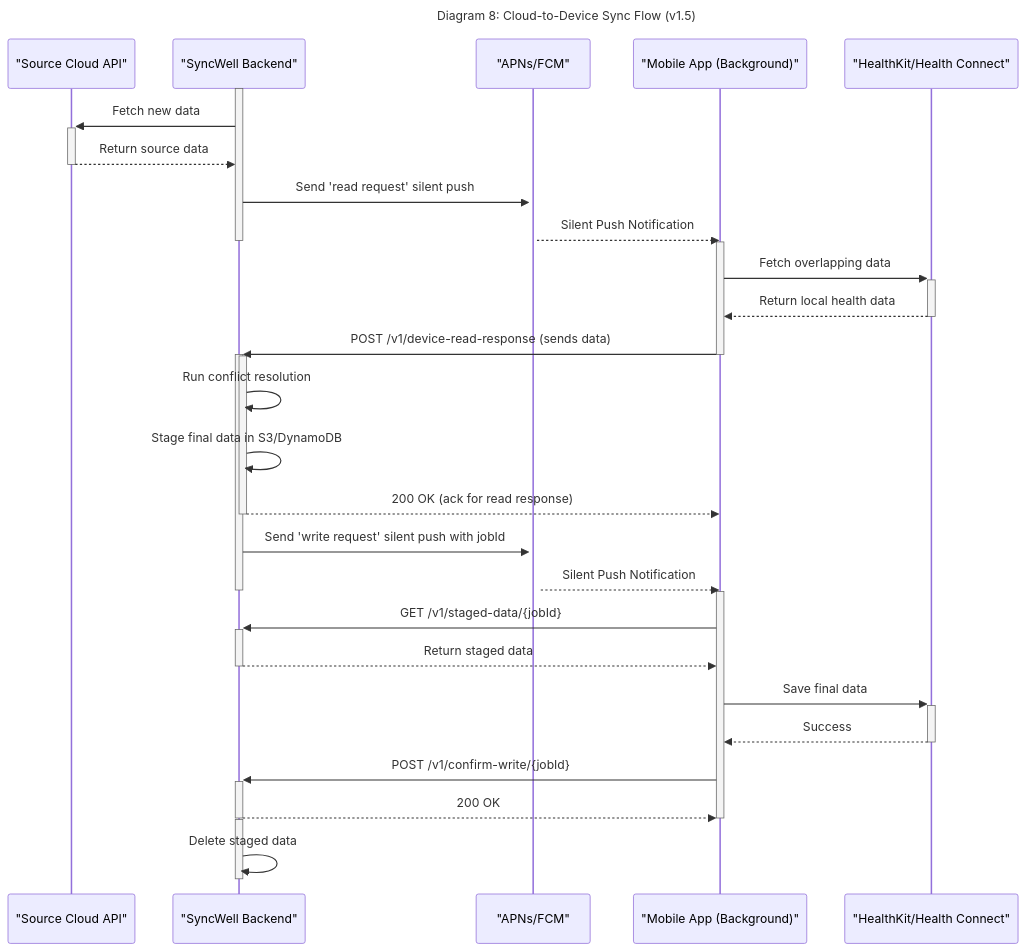
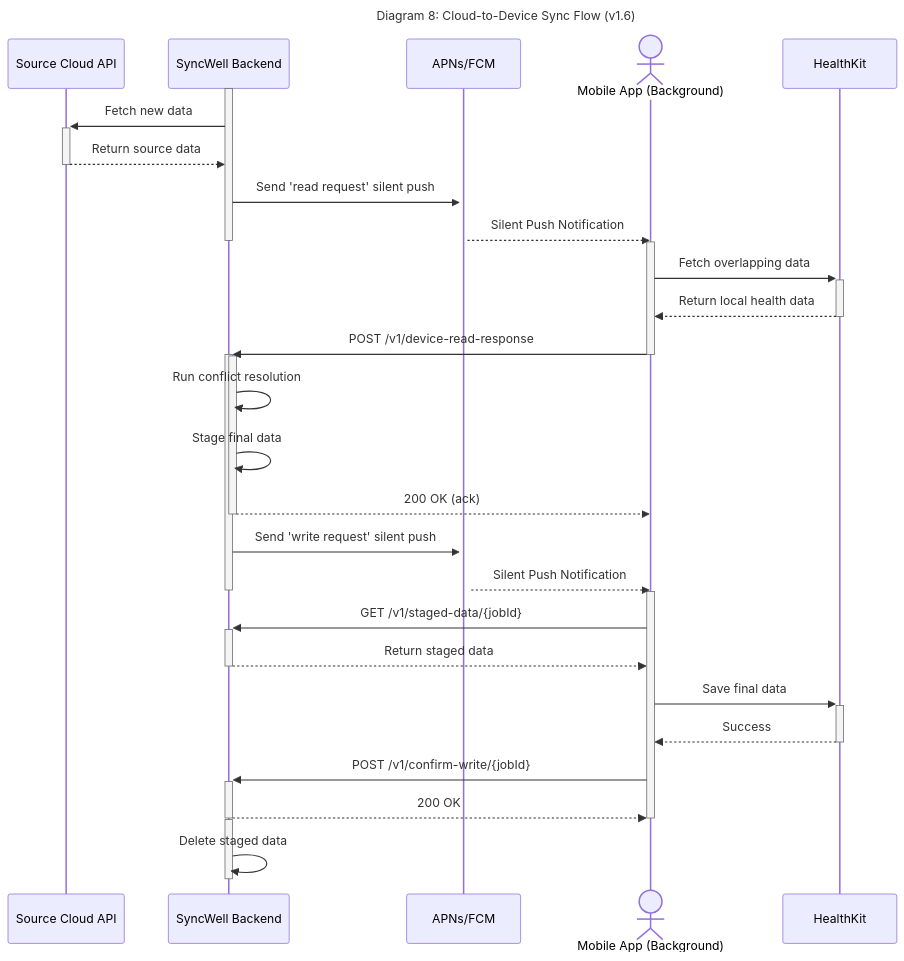
Before and after one commit to dino10bit/healthsync: diagram 15 of 15 in docs/architecture/06-technical-architecture.md, drawn with Mermaid. The commit also changed other lines of this file, not shown here.

First line of the commit message:
Enhance diagrams with professional styling and icons

````diff
--- a/docs/architecture/06-technical-architecture.md
+++ b/docs/architecture/06-technical-architecture.md
@@ -1380,51 +1486,51 @@
 ```mermaid
 ---
-title: "Diagram 8: Cloud-to-Device Sync Flow (v1.5)"
+title: "Diagram 8: Cloud-to-Device Sync Flow (v1.6)"
 ---
 sequenceDiagram
-    participant SourceAPI as "Source Cloud API"
-    participant Backend as "SyncWell Backend"
-    participant PushService as "APNs/FCM"
-    participant MobileApp as "Mobile App (Background)"
-    participant DeviceHealth as "HealthKit/Health Connect"
+    participant SourceAPI as Source Cloud API
+    participant Backend as SyncWell Backend
+    participant PushService as APNs/FCM
+    actor MobileApp as Mobile App (Background)
+    participant DeviceHealth as HealthKit
 
     %% --- Part 1: Backend fetches data and requests destination data ---
     activate Backend
     Backend->>+SourceAPI: Fetch new data
     SourceAPI-->>-Backend: Return source data
     Backend->>+PushService: Send 'read request' silent push
     PushService-->>MobileApp: Silent Push Notification
     deactivate Backend
 
     %% --- Part 2: Mobile app provides destination data ---
     activate MobileApp
     MobileApp->>+DeviceHealth: Fetch overlapping data
     DeviceHealth-->>-MobileApp: Return local health data
-    MobileApp->>+Backend: POST /v1/device-read-response (sends data)
+    MobileApp->>+Backend: POST /v1/device-read-response
     deactivate MobileApp
 
     %% --- Part 3: Backend processes and stages data for write ---
     activate Backend
     Backend->>Backend: Run conflict resolution
-    Backend->>Backend: Stage final data in S3/DynamoDB
-    Backend-->>-MobileApp: 200 OK (ack for read response)
+    Backend->>Backend: Stage final data
+    Backend-->>-MobileApp: 200 OK (ack)
 
     %% --- Part 4: Backend signals mobile app to write data ---
-    Backend->>+PushService: Send 'write request' silent push with jobId
+    Backend->>+PushService: Send 'write request' silent push
     PushService-->>MobileApp: Silent Push Notification
     deactivate Backend
 
     %% --- Part 5: Mobile app writes data to device ---
     activate MobileApp
     MobileApp->>+Backend: GET /v1/staged-data/{jobId}
     Backend-->>-MobileApp: Return staged data
     MobileApp->>+DeviceHealth: Save final data
     DeviceHealth-->>-MobileApp: Success
     MobileApp->>+Backend: POST /v1/confirm-write/{jobId}
     Backend-->>-MobileApp: 200 OK
     deactivate MobileApp
 
     activate Backend
     Backend->>Backend: Delete staged data
     deactivate Backend
 ```
````
